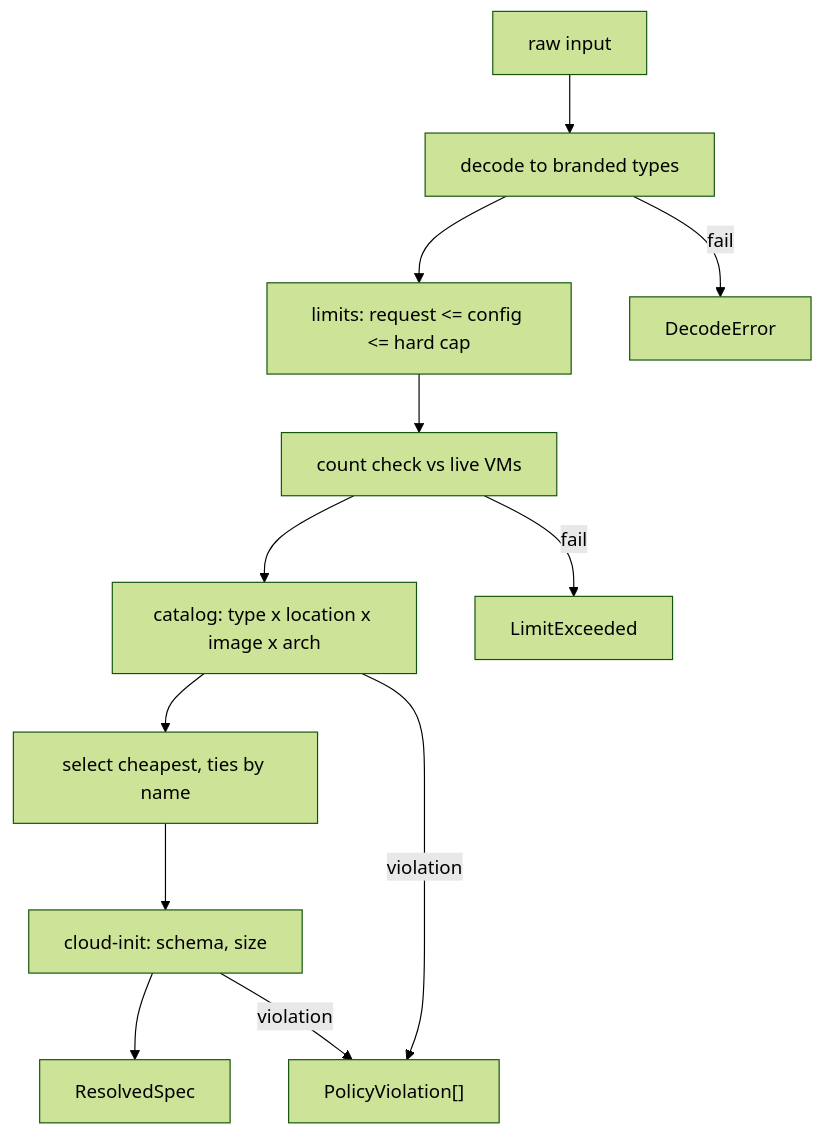
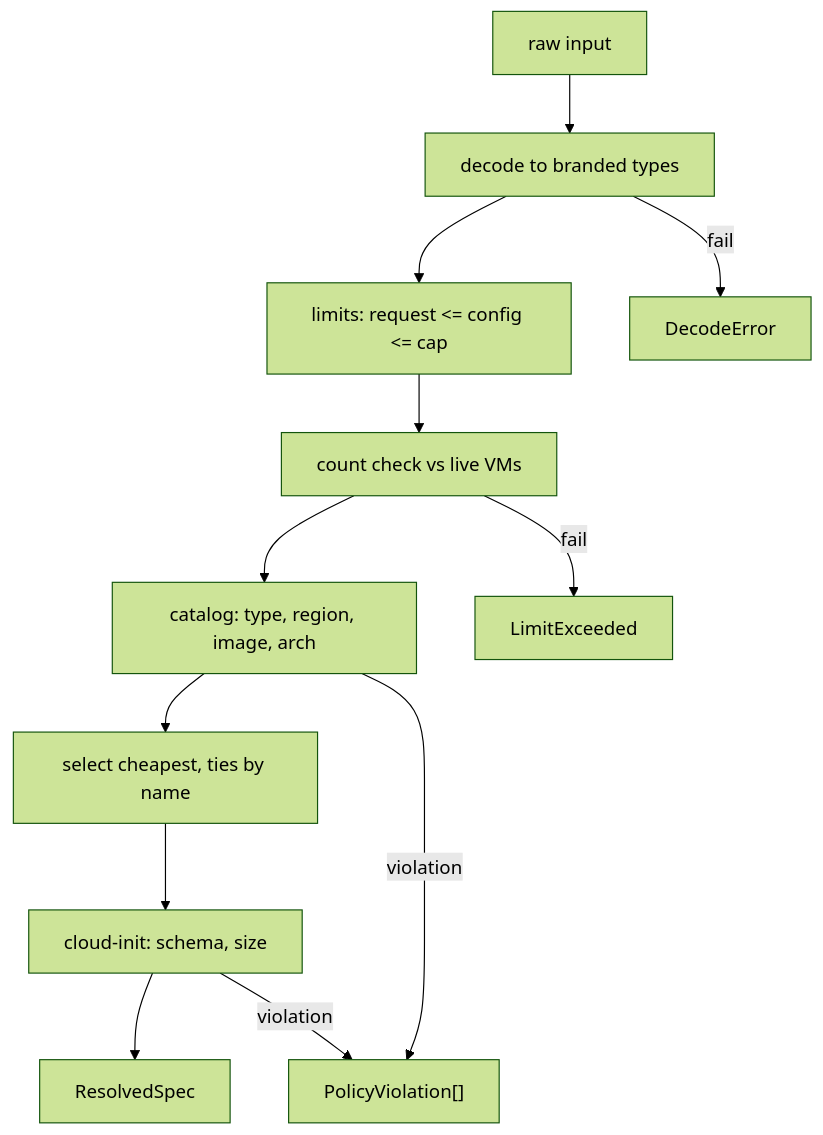
The diagram in docs/diagrams/architecture-policy-pipeline.mmd (nickstrad/vm-maker), drawn with Mermaid (forest theme) before and after one commit. The commit also changed 13 other files, not shown here.

First line of the commit message:
Split architecture diagrams to fit 70 columns

```diff
--- a/docs/diagrams/architecture-policy-pipeline.mmd
+++ b/docs/diagrams/architecture-policy-pipeline.mmd
@@ -1,13 +1,13 @@
 %% draw-visual: -x 3 -y 1 -p 0
 graph TD
   IN["raw input"] --> DEC["decode to branded types"]
-  DEC --> CL["limits: request <= config <= hard cap"]
+  DEC --> CL["limits: request <= config <= cap"]
   CL --> CNT["count check vs live VMs"]
-  CNT --> CMP["catalog: type x location x image x arch"]
+  CNT --> CMP["catalog: type, region, image, arch"]
   CMP --> SEL["select cheapest, ties by name"]
   SEL --> CI["cloud-init: schema, size"]
   CI --> OK["ResolvedSpec"]
   DEC -->|fail| DE["DecodeError"]
   CNT -->|fail| LE["LimitExceeded"]
   CMP -->|violation| PV["PolicyViolation[]"]
   CI -->|violation| PV
```
